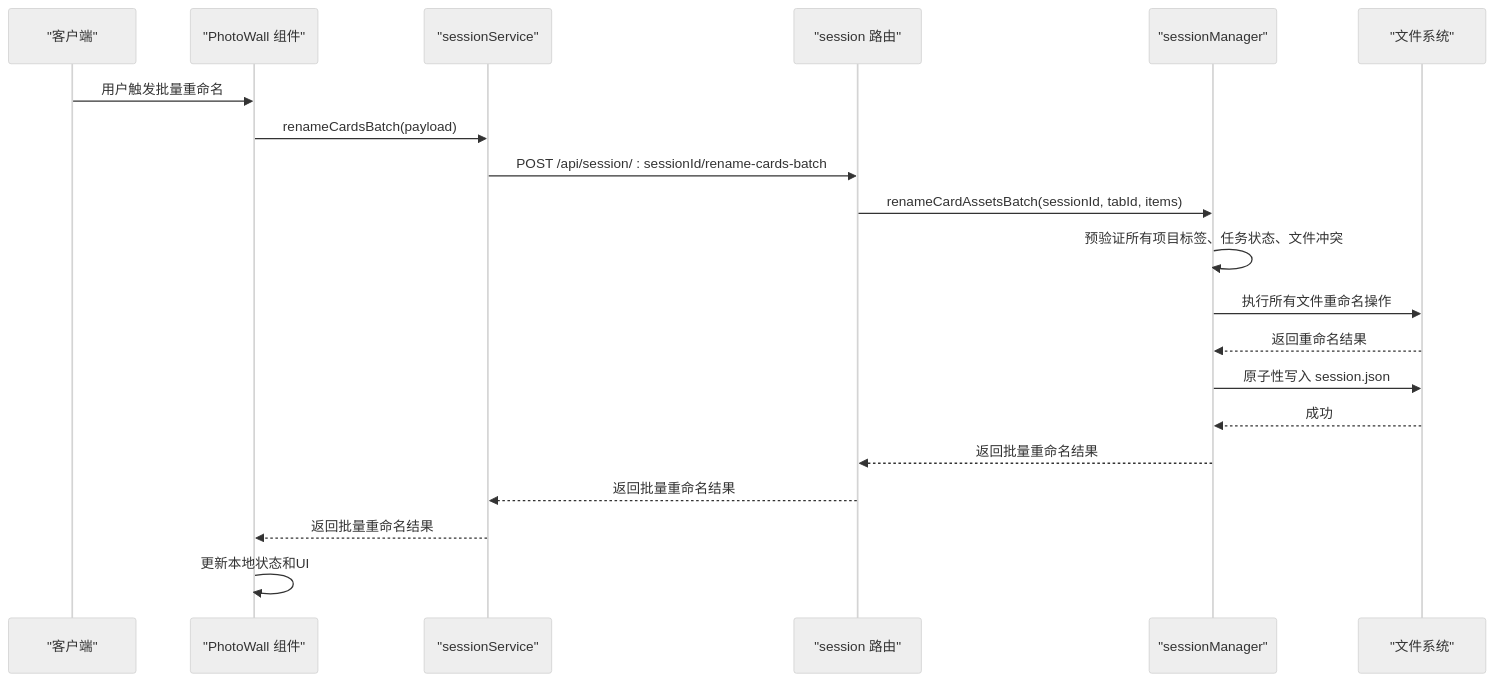
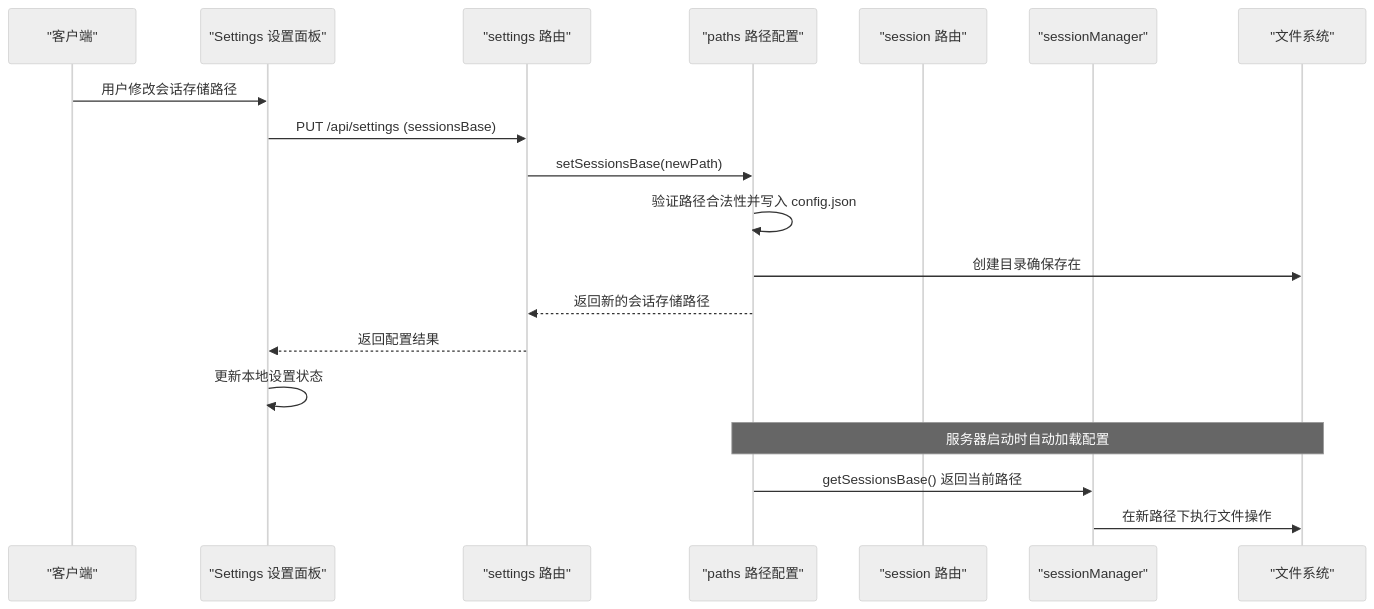
Before and after one commit to billye220670/CorineKit_Pix2Real: the second of 5 diagrams in .qoder/repowiki/zh/content/后端服务/会话管理服务.md, drawn with Mermaid (neutral theme). The commit also changed other lines of this file and 13 other files, not shown here.

````diff
--- a/.qoder/repowiki/zh/content/后端服务/会话管理服务.md
+++ b/.qoder/repowiki/zh/content/后端服务/会话管理服务.md
@@ -104,22 +117,21 @@
 ```mermaid
 sequenceDiagram
 participant C as "客户端"
-participant PW as "PhotoWall 组件"
-participant SS as "sessionService"
+participant STS as "Settings 设置面板"
+participant SSR as "settings 路由"
+participant PR as "paths 路径配置"
 participant SR as "session 路由"
 participant SM as "sessionManager"
 participant FS as "文件系统"
-C->>PW : 用户触发批量重命名
-PW->>SS : renameCardsBatch(payload)
-SS->>SR : POST /api/session/ : sessionId/rename-cards-batch
-SR->>SM : renameCardAssetsBatch(sessionId, tabId, items)
-SM->>SM : 预验证所有项目标签、任务状态、文件冲突
-SM->>FS : 执行所有文件重命名操作
-FS-->>SM : 返回重命名结果
-SM->>FS : 原子性写入 session.json
-FS-->>SM : 成功
-SM-->>SR : 返回批量重命名结果
-SR-->>SS : 返回批量重命名结果
-SS-->>PW : 返回批量重命名结果
-PW->>PW : 更新本地状态和UI
+C->>STS : 用户修改会话存储路径
+STS->>SSR : PUT /api/settings (sessionsBase)
+SSR->>PR : setSessionsBase(newPath)
+PR->>PR : 验证路径合法性并写入 config.json
+PR->>FS : 创建目录确保存在
+PR-->>SSR : 返回新的会话存储路径
+SSR-->>STS : 返回配置结果
+STS->>STS : 更新本地设置状态
+note over PR,FS : 服务器启动时自动加载配置
+PR->>SM : getSessionsBase() 返回当前路径
+SM->>FS : 在新路径下执行文件操作
 ```
````
